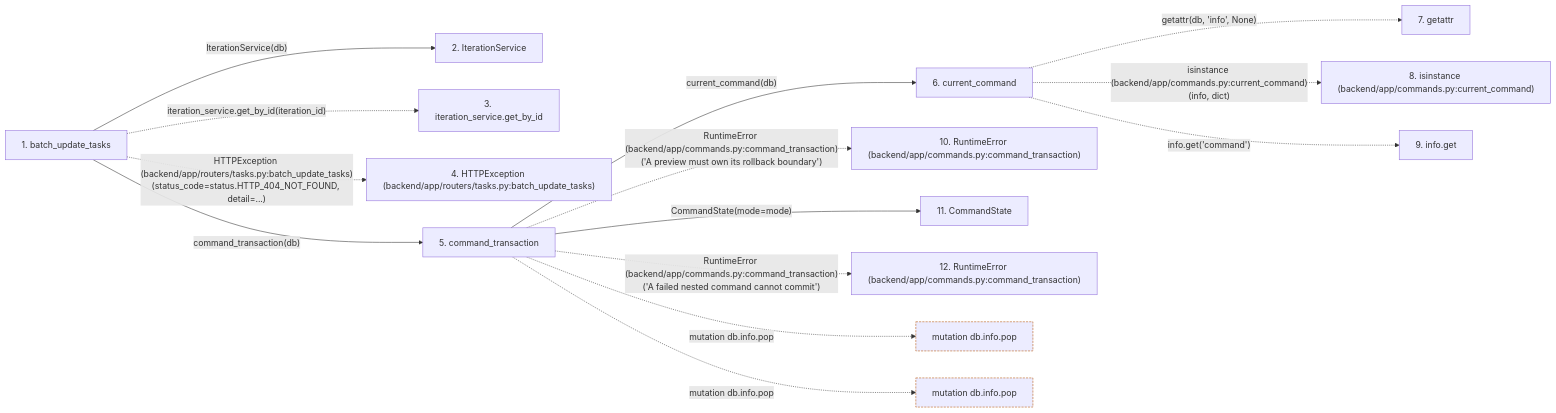
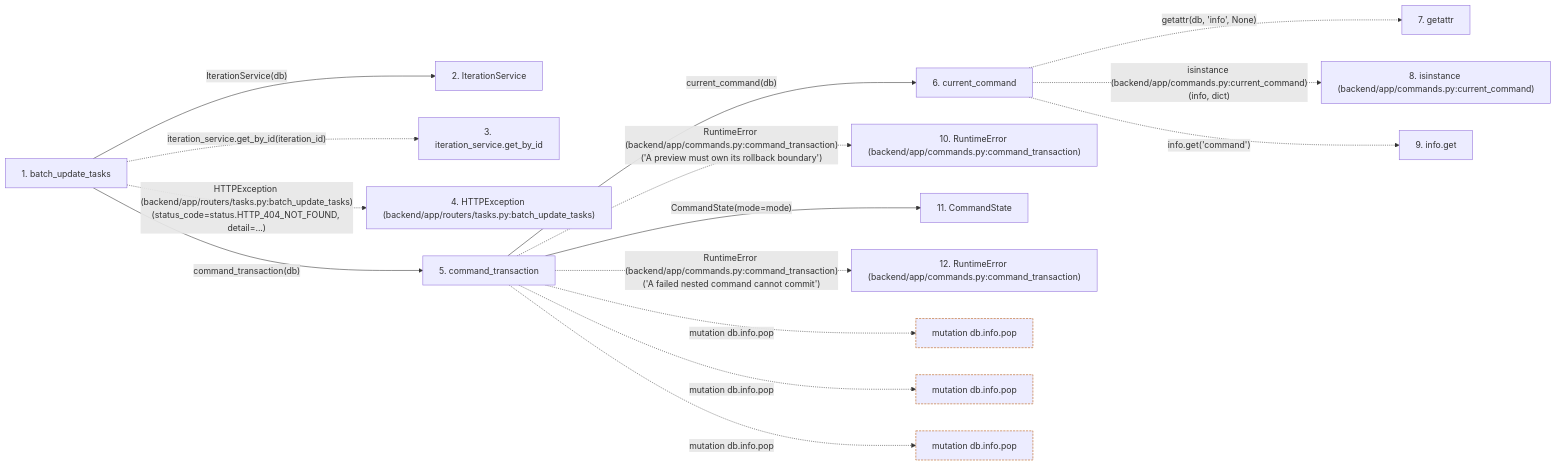
The second of 2 diagrams in docs/llm_wiki/flows/http-batch_update_tasks.md (Denissvgn/WorkChord), drawn with Mermaid before and after one commit. The commit also changed other lines of this file and 1888 other files, not shown here.

````diff
--- a/docs/llm_wiki/flows/http-batch_update_tasks.md
+++ b/docs/llm_wiki/flows/http-batch_update_tasks.md
@@ -76,38 +83,41 @@
 ```mermaid
 flowchart LR
     s1["1. batch_update_tasks"]
     s2["2. IterationService"]
     s3["3. iteration_service.get_by_id"]
     s4["4. HTTPException (backend/app/routers/tasks.py:batch_update_tasks)"]
     s5["5. command_transaction"]
     s6["6. current_command"]
     s7["7. getattr"]
     s8["8. isinstance (backend/app/commands.py:current_command)"]
     s9["9. info.get"]
     s10["10. RuntimeError (backend/app/commands.py:command_transaction)"]
     s11["11. CommandState"]
     s12["12. RuntimeError (backend/app/commands.py:command_transaction)"]
     s1 -->|"IterationService(db)"| s2
     s1 -. "iteration_service.get_by_id(iteration_id)" .-> s3
     s1 -. "HTTPException (backend/app/routers/tasks.py:batch_update_tasks)(status_code=status.HTTP_404_NOT_FOUND, detail=...)" .-> s4
     s1 -->|"command_transaction(db)"| s5
     s5 -->|"current_command(db)"| s6
     s6 -. "getattr(db, 'info', None)" .-> s7
     s6 -. "isinstance (backend/app/commands.py:current_command)(info, dict)" .-> s8
     s6 -. "info.get('command')" .-> s9
     s5 -. "RuntimeError (backend/app/commands.py:command_transaction)('A preview must own its rollback boundary')" .-> s10
     s5 -->|"CommandState(mode=mode)"| s11
     s5 -. "RuntimeError (backend/app/commands.py:command_transaction)('A failed nested command cannot commit')" .-> s12
     b0["mutation db.info.pop"]
     s5 -. "mutation db.info.pop" .-> b0
     b1["mutation db.info.pop"]
     s5 -. "mutation db.info.pop" .-> b1
+    b2["mutation db.info.pop"]
+    s5 -. "mutation db.info.pop" .-> b2
     click s1 "../modules/tasks.md"
     click s2 "../modules/iteration_service.md"
     click s5 "../modules/commands.md"
     click s6 "../modules/commands.md"
     click s11 "../modules/commands.md"
     classDef boundary stroke:#b45309,stroke-dasharray: 4 2
     class b0 boundary
     class b1 boundary
+    class b2 boundary
 ```
````
